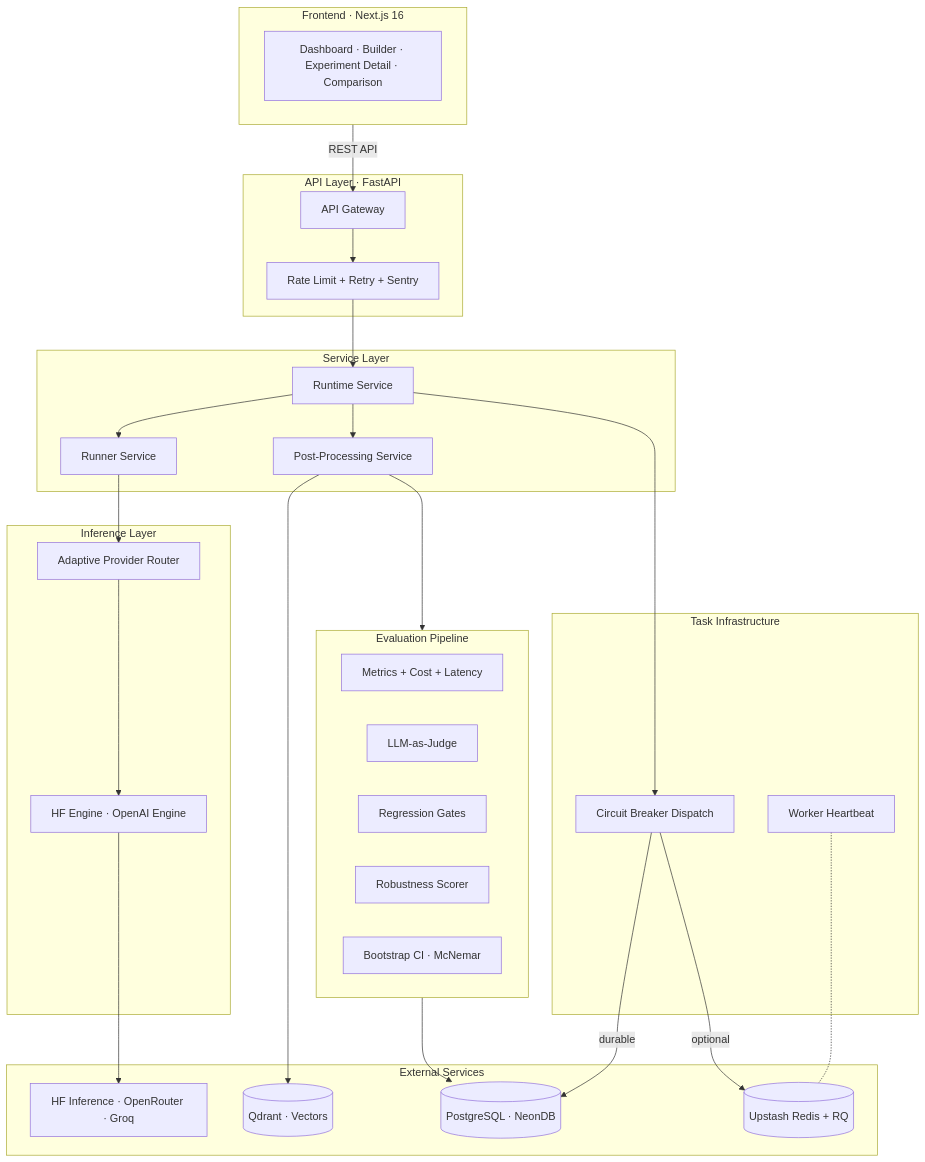
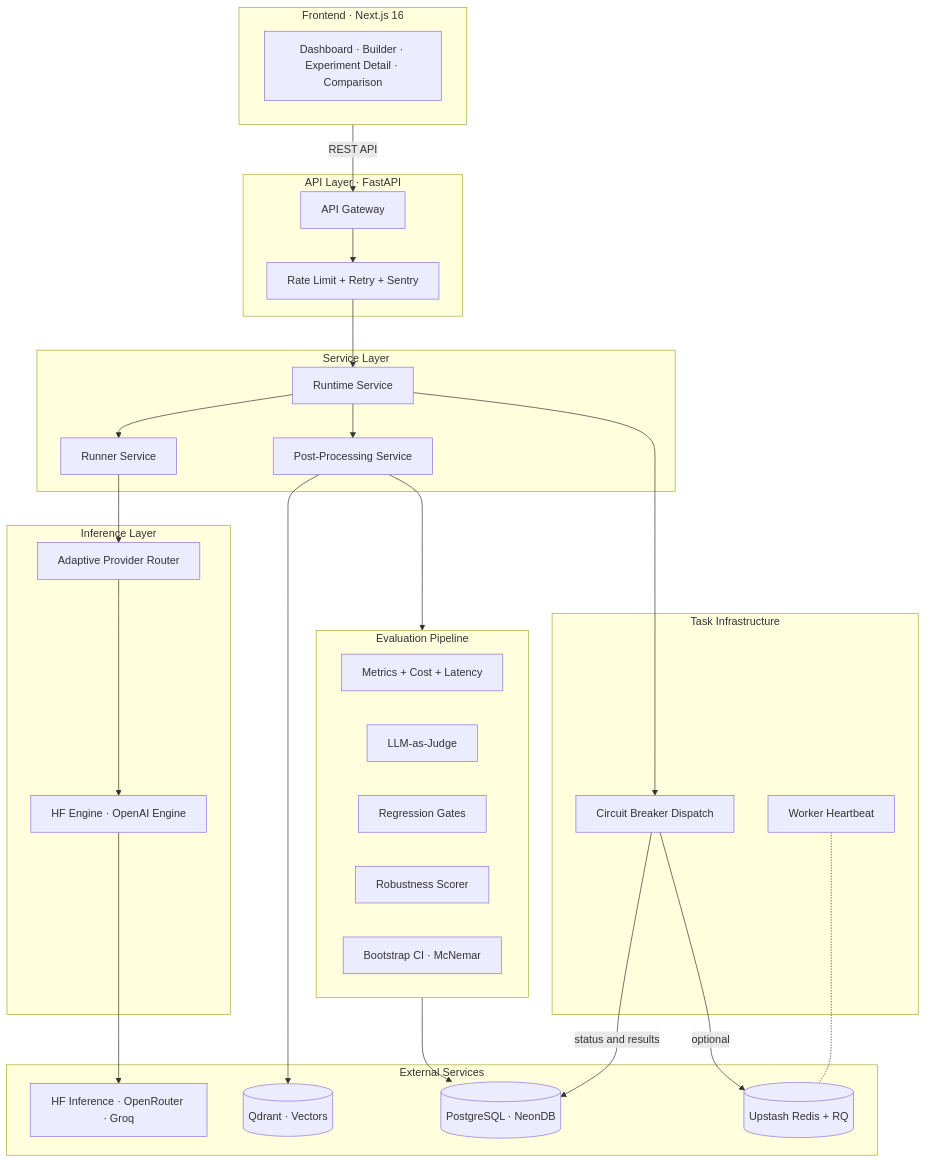
The second of 2 diagrams in README.md (FazlulKarimC/LLM_Forge), drawn with Mermaid before and after one commit. The commit also changed other lines of this file and 12 other files, not shown here.

````diff
--- a/README.md
+++ b/README.md
@@ -148,53 +151,53 @@
 ```mermaid
 graph TD
 
     subgraph FE["Frontend · Next.js 16"]
         UI["Dashboard · Builder · Experiment Detail · Comparison"]
     end
 
     subgraph API["API Layer · FastAPI"]
         GW["API Gateway"]
         RL["Rate Limit + Retry + Sentry"]
     end
 
     subgraph SVC["Service Layer"]
         RT["Runtime Service"]
         RN["Runner Service"]
         PP["Post-Processing Service"]
     end
 
     subgraph INF["Inference Layer"]
         AR["Adaptive Provider Router"]
         ENG["HF Engine · OpenAI Engine"]
     end
 
     subgraph EVAL["Evaluation Pipeline"]
         ME["Metrics + Cost + Latency"]
         LJ["LLM-as-Judge"]
         RG["Regression Gates"]
         RS["Robustness Scorer"]
         ST["Bootstrap CI · McNemar"]
     end
 
     subgraph INFRA["Task Infrastructure"]
         CB["Circuit Breaker Dispatch"]
         HB["Worker Heartbeat"]
     end
 
     subgraph EXT["External Services"]
         PG[("PostgreSQL · NeonDB")]
         RD[("Upstash Redis + RQ")]
         QD[("Qdrant · Vectors")]
         PR["HF Inference · OpenRouter · Groq"]
     end
 
     FE -->|REST API| GW
     GW --> RL --> RT
     RT --> RN & PP & CB
     RN --> AR --> ENG --> PR
     PP --> EVAL & QD
-    CB -->|durable| PG
+    CB -->|status and results| PG
     CB -->|optional| RD
     HB -.- RD
     EVAL --> PG
 ```
````
